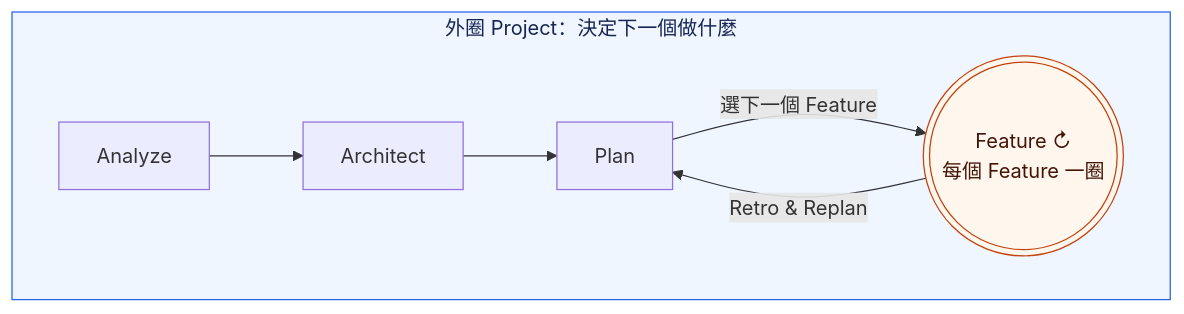
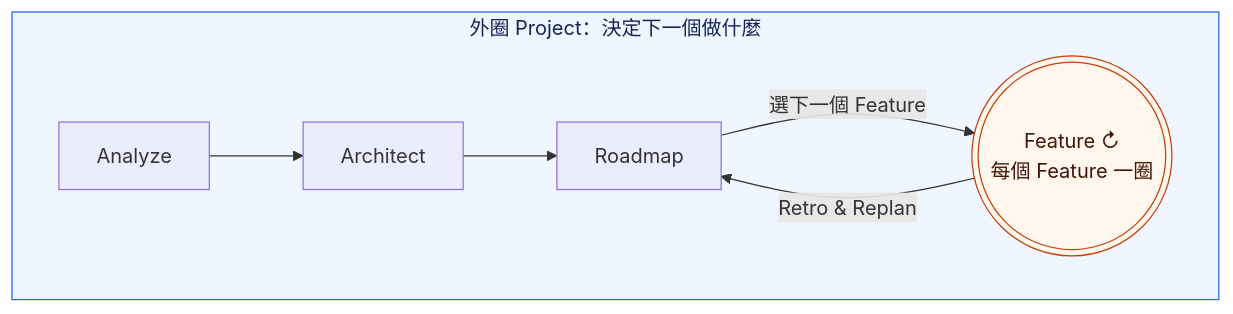
The first of 3 diagrams in docs/guide/user-guide.md (ellis429/loop-engineering), drawn with Mermaid before and after one commit. The commit also changed other lines of this file and 1 other file, not shown here.

First line of the commit message:
docs: link guide steps to skills, rename Plan to Roadmap, keep layers

````diff
--- a/docs/guide/user-guide.md
+++ b/docs/guide/user-guide.md
@@ -11,11 +11,11 @@
 ```mermaid
 flowchart LR
   subgraph Project["外圈 Project：決定下一個做什麼"]
     direction LR
-    A1["Analyze"] --> A2["Architect"] --> A3["Plan"]
+    A1["Analyze"] --> A2["Architect"] --> A3["Roadmap"]
     A3 -->|選下一個 Feature| F((("Feature ↻<br/>每個 Feature 一圈")))
     F -->|Retro & Replan| A3
   end
   style Project fill:#eff6ff,stroke:#2563eb,color:#172554
   style F fill:#fff7ed,stroke:#c2410c,color:#431407
 ```
````
